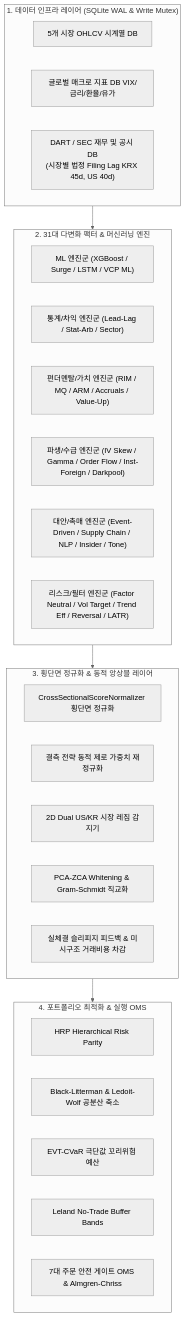
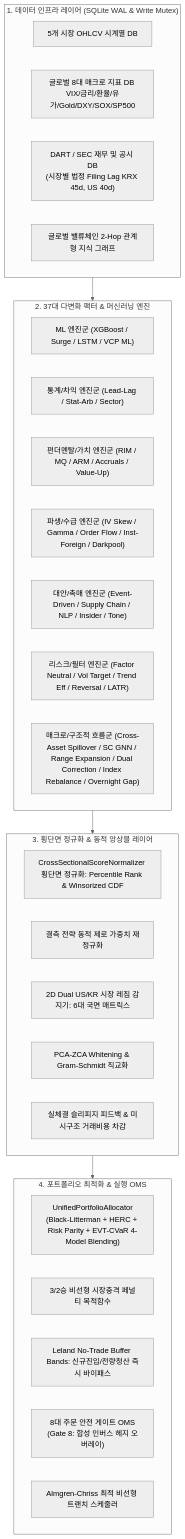
The diagram in docs/strategy/README.md (kthur/stock), drawn with Mermaid (neutral theme) before and after one commit. The commit also changed other lines of this file and 35 other files, not shown here.

````diff
--- a/docs/strategy/README.md
+++ b/docs/strategy/README.md
@@ -47,37 +53,39 @@
 ```mermaid
 flowchart TD
     subgraph DataLayer ["1. 데이터 인프라 레이어 (SQLite WAL & Write Mutex)"]
         D1[5개 시장 OHLCV 시계열 DB]
-        D2[글로벌 매크로 지표 DB VIX/금리/환율/유가]
+        D2[글로벌 8대 매크로 지표 DB VIX/금리/환율/유가/Gold/DXY/SOX/SP500]
         D3["DART / SEC 재무 및 공시 DB\n(시장별 법정 Filing Lag KRX 45d, US 40d)"]
+        D4[글로벌 밸류체인 2-Hop 관계형 지식 그래프]
     end
 
-    subgraph StrategyEngines ["2. 31대 다변화 팩터 & 머신러닝 엔진"]
+    subgraph StrategyEngines ["2. 37대 다변화 팩터 & 머신러닝 엔진"]
         S1["ML 엔진군 (XGBoost / Surge / LSTM / VCP ML)"]
         S2["통계/차익 엔진군 (Lead-Lag / Stat-Arb / Sector)"]
         S3["펀더멘탈/가치 엔진군 (RIM / MQ / ARM / Accruals / Value-Up)"]
         S4["파생/수급 엔진군 (IV Skew / Gamma / Order Flow / Inst-Foreign / Darkpool)"]
         S5["대안/촉매 엔진군 (Event-Driven / Supply Chain / NLP / Insider / Tone)"]
         S6["리스크/필터 엔진군 (Factor Neutral / Vol Target / Trend Eff / Reversal / LATR)"]
+        S7["매크로/구조적 흐름군 (Cross-Asset Spillover / SC GNN / Range Expansion / Dual Correction / Index Rebalance / Overnight Gap)"]
     end
 
     subgraph EnsembleLayer ["3. 횡단면 정규화 & 동적 앙상블 레이어"]
-        E1[CrossSectionalScoreNormalizer 횡단면 정규화]
+        E1[CrossSectionalScoreNormalizer 횡단면 정규화: Percentile Rank & Winsorized CDF]
         E2[결측 전략 동적 제로 가중치 재정규화]
-        E3[2D Dual US/KR 시장 레짐 감지기]
+        E3[2D Dual US/KR 시장 레짐 감지기: 6대 국면 매트릭스]
         E4[PCA-ZCA Whitening & Gram-Schmidt 직교화]
         E5[실체결 슬리피지 피드백 & 미시구조 거래비용 차감]
     end
 
     subgraph PortfolioExecution ["4. 포트폴리오 최적화 & 실행 OMS"]
-        P1[HRP Hierarchical Risk Parity]
-        P2[Black-Litterman & Ledoit-Wolf 공분산 축소]
-        P3[EVT-CVaR 극단값 꼬리위험 예산]
-        P4[Leland No-Trade Buffer Bands]
-        P5[7대 주문 안전 게이트 OMS & Almgren-Chriss]
+        P1["UnifiedPortfolioAllocator\n(Black-Litterman + HERC + Risk Parity + EVT-CVaR 4-Model Blending)"]
+        P2[3/2승 비선형 시장충격 페널티 목적함수]
+        P3[Leland No-Trade Buffer Bands: 신규진입/전량청산 즉시 바이패스]
+        P4["8대 주문 안전 게이트 OMS\n(Gate 8: 합성 인버스 헤지 오버레이)"]
+        P5[Almgren-Chriss 최적 비선형 트랜치 스케줄러]
     end
 
     DataLayer --> StrategyEngines
     StrategyEngines --> EnsembleLayer
     EnsembleLayer --> PortfolioExecution
 ```
````
